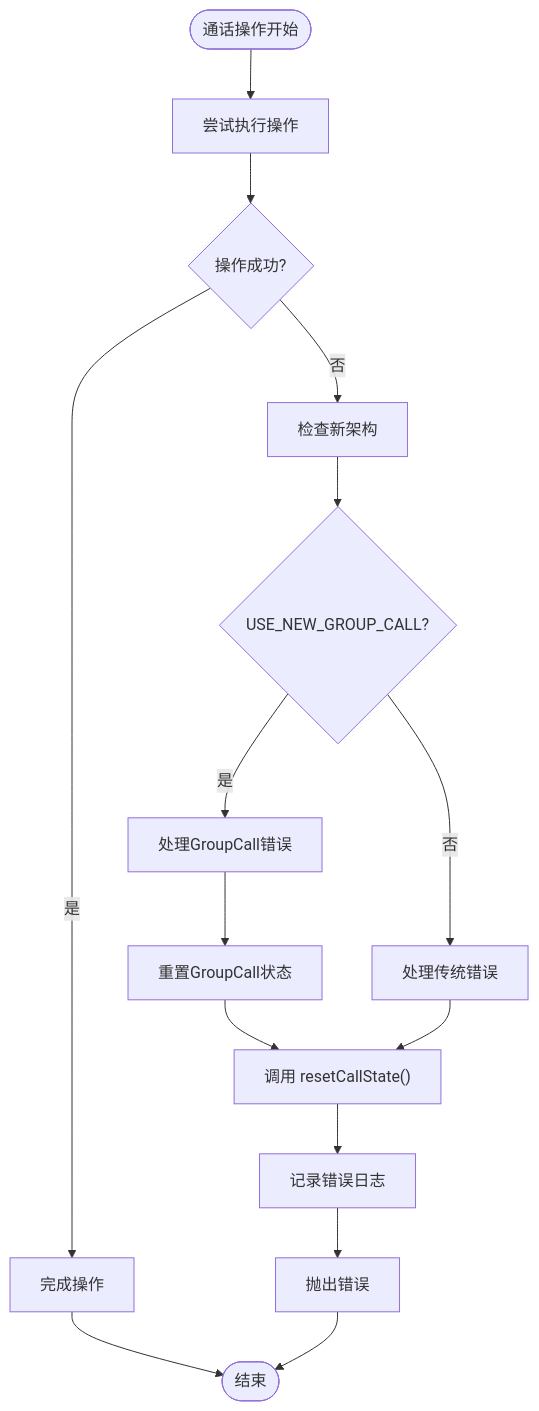
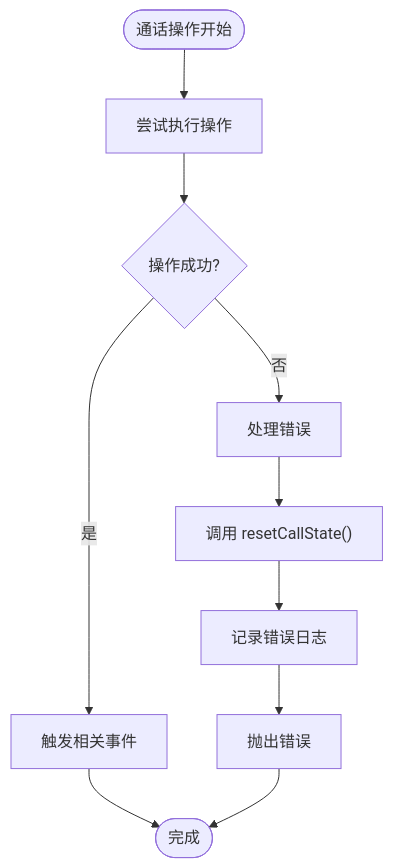
One commit to Easemob-Community/easemob-uikit-callkit-vue3 changed the sixth of 8 diagrams in .qoder/repowiki/zh/content/组合式 API/通话控制 API.md. Above: the diagram before and after it, drawn with Mermaid. The commit also changed other lines of this file and 40 other files, not shown here.

````diff
--- a/.qoder/repowiki/zh/content/组合式 API/通话控制 API.md
+++ b/.qoder/repowiki/zh/content/组合式 API/通话控制 API.md
@@ -608,17 +486,12 @@
 ```mermaid
 flowchart TD
 Start([通话操作开始]) --> TryOperation["尝试执行操作"]
 TryOperation --> Success{"操作成功?"}
-Success --> |是| Complete["完成操作"]
-Success --> |否| CheckFeature["检查新架构"]
-CheckFeature --> NewArch{"USE_NEW_GROUP_CALL?"}
-NewArch --> |是| HandleGroupCall["处理GroupCall错误"]
-NewArch --> |否| HandleLegacy["处理传统错误"]
-HandleGroupCall --> ResetGroupCall["重置GroupCall状态"]
-ResetGroupCall --> ResetState["调用 resetCallState()"]
-HandleLegacy --> ResetState
+Success --> |是| EmitEvent["触发相关事件"]
+Success --> |否| HandleError["处理错误"]
+HandleError --> ResetState["调用 resetCallState()"]
 ResetState --> LogError["记录错误日志"]
 LogError --> ThrowError["抛出错误"]
-Complete --> End([结束])
+EmitEvent --> End([完成])
 ThrowError --> End
 ```
````
